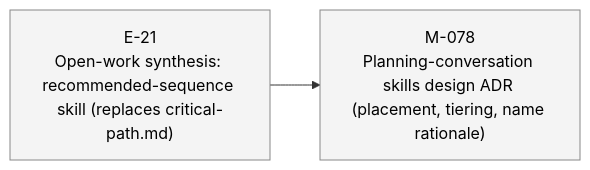
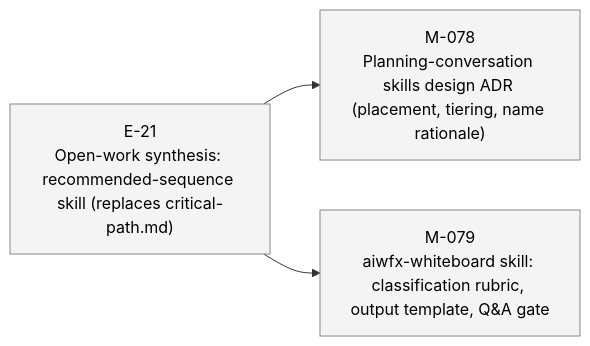
The third of 4 diagrams in STATUS.md (23min/aiwf), drawn with Mermaid before and after one commit. The commit also changed other lines of this file and 1 other file, not shown here.

First line of the commit message:
aiwf add milestone M-079 "aiwfx-whiteboard skill: classification rubric, output template, Q&A gate"

````diff
--- a/STATUS.md
+++ b/STATUS.md
@@ -68,12 +69,14 @@
 ```mermaid
 flowchart LR
   E_21["E-21<br/>Open-work synthesis: recommended-sequence skill (replaces critical-path.md)"]:::epic_proposed
   M_078["M-078<br/>Planning-conversation skills design ADR (placement, tiering, name rationale)"]:::ms_draft
   E_21 --> M_078
+  M_079["M-079<br/>aiwfx-whiteboard skill: classification rubric, output template, Q&A gate"]:::ms_draft
+  E_21 --> M_079
   classDef epic_active fill:#d6eaff,stroke:#1a73e8,color:#000
   classDef epic_proposed fill:#f4f4f4,stroke:#888,color:#000
   classDef ms_done fill:#d8f5d8,stroke:#2a8a2a,color:#000
   classDef ms_in_progress fill:#fff3c4,stroke:#caa400,color:#000
   classDef ms_draft fill:#f4f4f4,stroke:#888,color:#000
   classDef ms_cancelled fill:#fbeaea,stroke:#c33,color:#000
 ```
````
